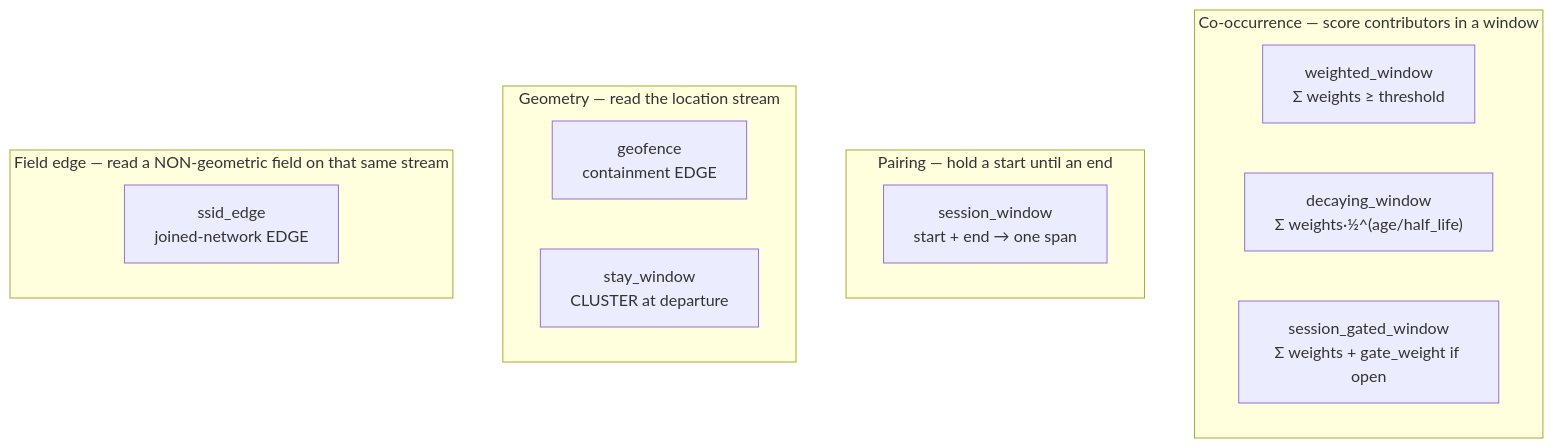
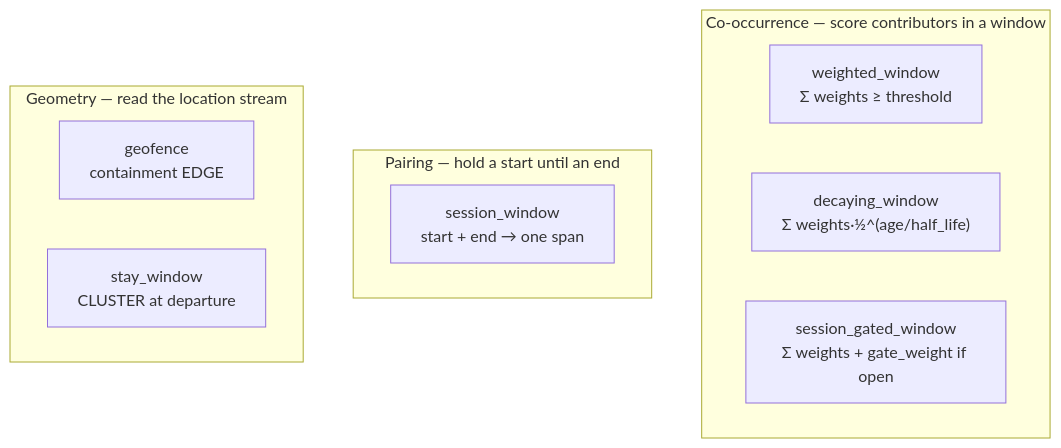
Diagram 12 of 13 in doc/core.md (rodis/inference), drawn with Mermaid before and after one commit. The commit also changed other lines of this file and 11 other files, not shown here.

First line of the commit message:
revert(ssid_edge): remove the WiFi edge engine and its two definitions

````diff
--- a/doc/core.md
+++ b/doc/core.md
@@ -1038,18 +1038,15 @@
 ```mermaid
 flowchart TB
     subgraph co["Co-occurrence — score contributors in a window"]
         ww["weighted_window<br/>Σ weights ≥ threshold"]
         dw["decaying_window<br/>Σ weights·½^(age/half_life)"]
         sgw["session_gated_window<br/>Σ weights + gate_weight if open"]
     end
     subgraph pair["Pairing — hold a start until an end"]
         sw["session_window<br/>start + end → one span"]
     end
     subgraph geo["Geometry — read the location stream"]
         gf["geofence<br/>containment EDGE"]
         stw["stay_window<br/>CLUSTER at departure"]
     end
-    subgraph fld["Field edge — read a NON-geometric field on that same stream"]
-        se["ssid_edge<br/>joined-network EDGE"]
-    end
 ```
````
